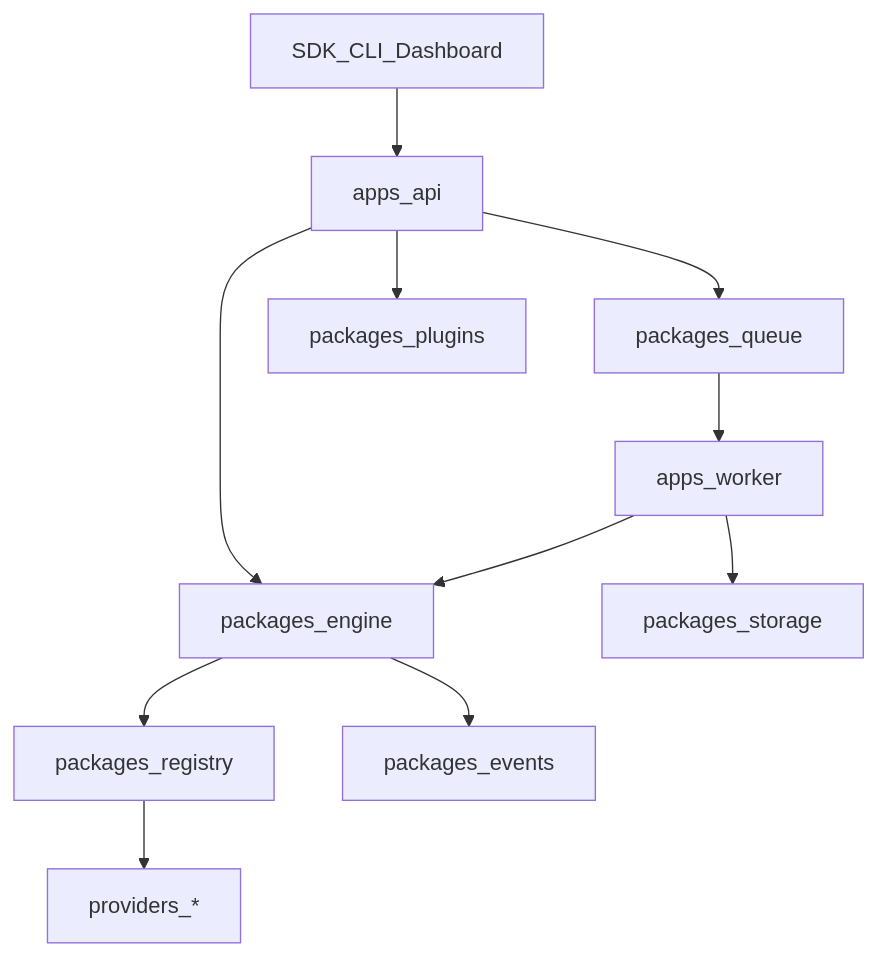
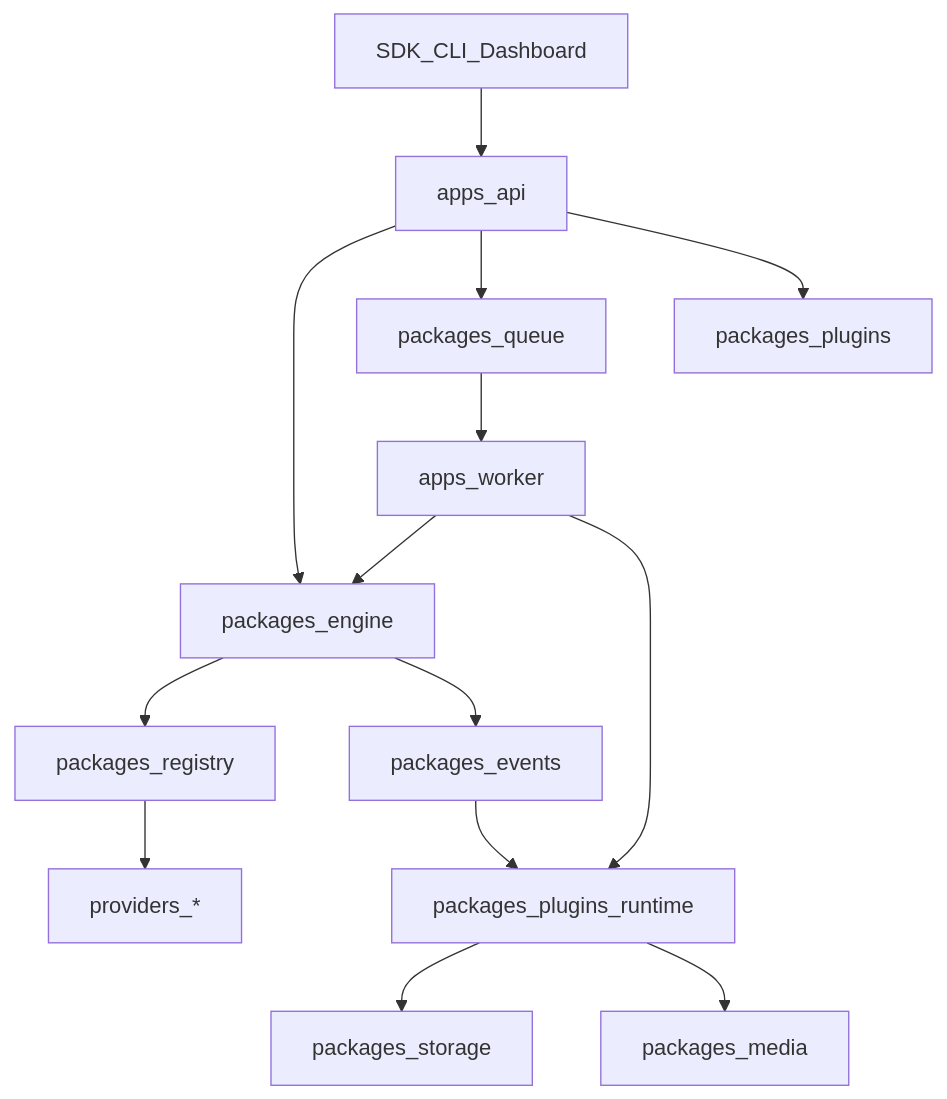
One commit to vannyakh/mediacore changed the second of 2 diagrams in docs/architecture/overview.md. Above: the diagram before and after it, drawn with Mermaid. The commit also changed other lines of this file and 52 other files, not shown here.

````diff
--- a/docs/architecture/overview.md
+++ b/docs/architecture/overview.md
@@ -43,13 +65,16 @@
 ```mermaid
 flowchart TD
   Client[SDK_CLI_Dashboard] --> API[apps_api]
   API --> Engine[packages_engine]
   Engine --> Registry[packages_registry]
   Registry --> Provider[providers_*]
   API --> Queue[packages_queue]
   Queue --> Worker[apps_worker]
   Worker --> Engine
-  Worker --> Storage[packages_storage]
+  Worker --> PluginRuntime[packages_plugins_runtime]
+  PluginRuntime --> Storage[packages_storage]
+  PluginRuntime --> Media[packages_media]
   Engine --> Events[packages_events]
+  Events --> PluginRuntime
   API --> Plugins[packages_plugins]
 ```
````
